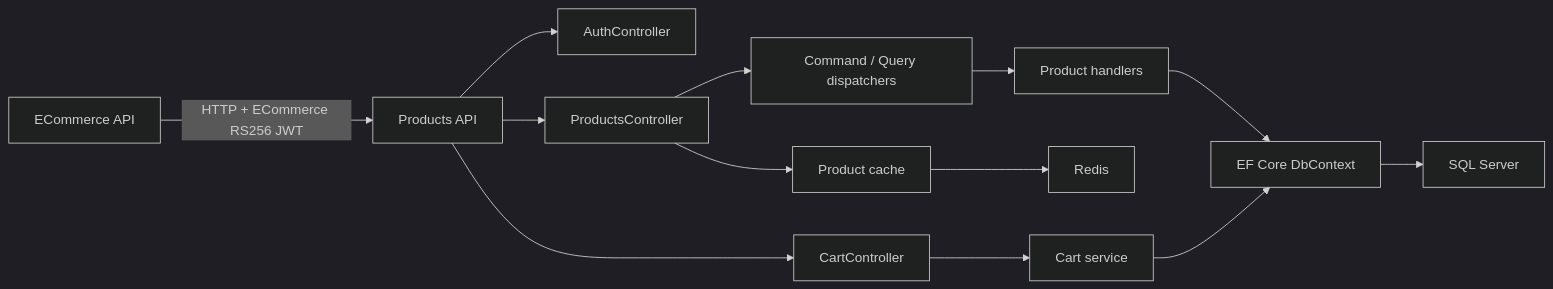
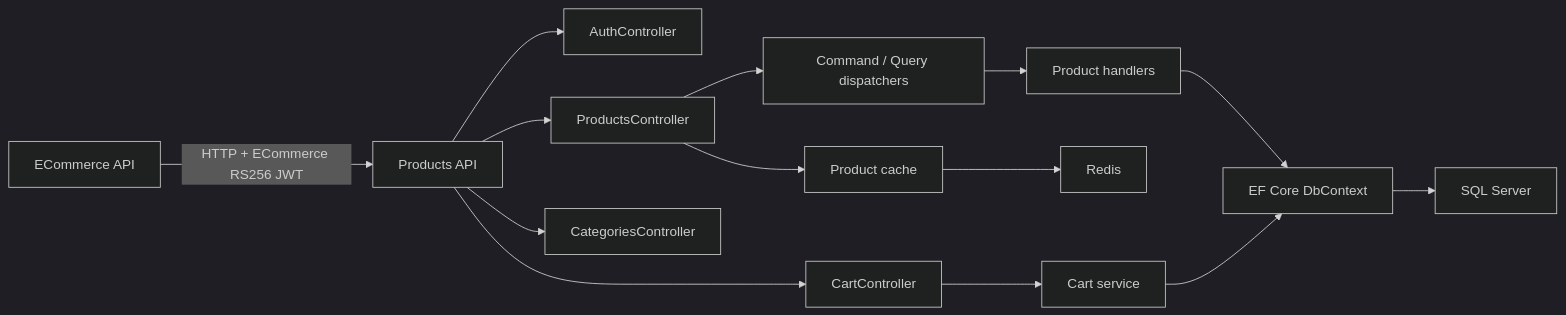
Before and after one commit to felipeyamana/products-api: the diagram in README.md, drawn with Mermaid (dark theme). The commit also changed other lines of this file and 14 other files, not shown here.

Commit message:
including categories controller and relevant endpoints, full text search support on product searches and dev appsettings structure update

````diff
--- a/README.md
+++ b/README.md
@@ -79,15 +79,16 @@
 ```mermaid
 flowchart LR
   Client["ECommerce API"] -->|HTTP + ECommerce RS256 JWT| API["Products API"]
   API --> Auth["AuthController"]
   API --> Products["ProductsController"]
+  API --> Categories["CategoriesController"]
   API --> Cart["CartController"]
   Products --> CQRS["Command / Query dispatchers"]
   CQRS --> Handlers["Product handlers"]
   Handlers --> EF["EF Core DbContext"]
   Cart --> CartService["Cart service"]
   CartService --> EF
   EF --> Sql["SQL Server"]
   Products --> Cache["Product cache"]
   Cache --> Redis["Redis"]
 ```
````
